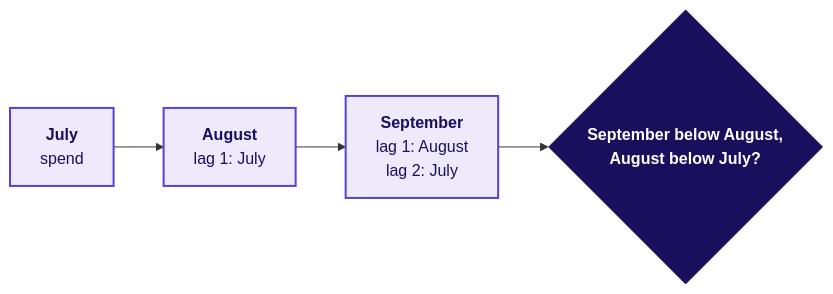
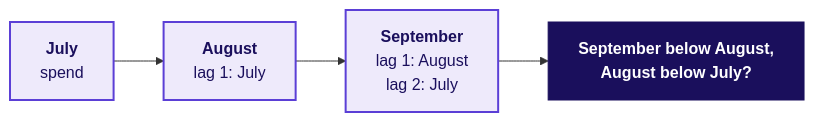
Diagram 15 of 20 in content/W02/D3/slides/C2_W02_D03_half1_STUDENT.md (fde-academy-lab/c2-content-factory), drawn with Mermaid before and after one commit. The commit also changed other lines of this file and 43 other files, not shown here.

````diff
--- a/content/W02/D3/slides/C2_W02_D03_half1_STUDENT.md
+++ b/content/W02/D3/slides/C2_W02_D03_half1_STUDENT.md
@@ -1146,10 +1151,10 @@
 ```mermaid
 flowchart LR
     J["<b>July</b><br/>spend"] --> A["<b>August</b><br/>lag 1: July"]
     A --> S["<b>September</b><br/>lag 1: August<br/>lag 2: July"]
-    S --> F{"<b>September below August,<br/>August below July?</b>"}
+    S --> F["<b>September below August,<br/>August below July?</b>"]
     classDef known fill:#EEEAFB,stroke:#5B3FD6,color:#1A0F5C,stroke-width:2px
     classDef bet fill:#1A0F5C,stroke:#1A0F5C,color:#FFFFFF
     class J,A,S known
     class F bet
 ```
````
